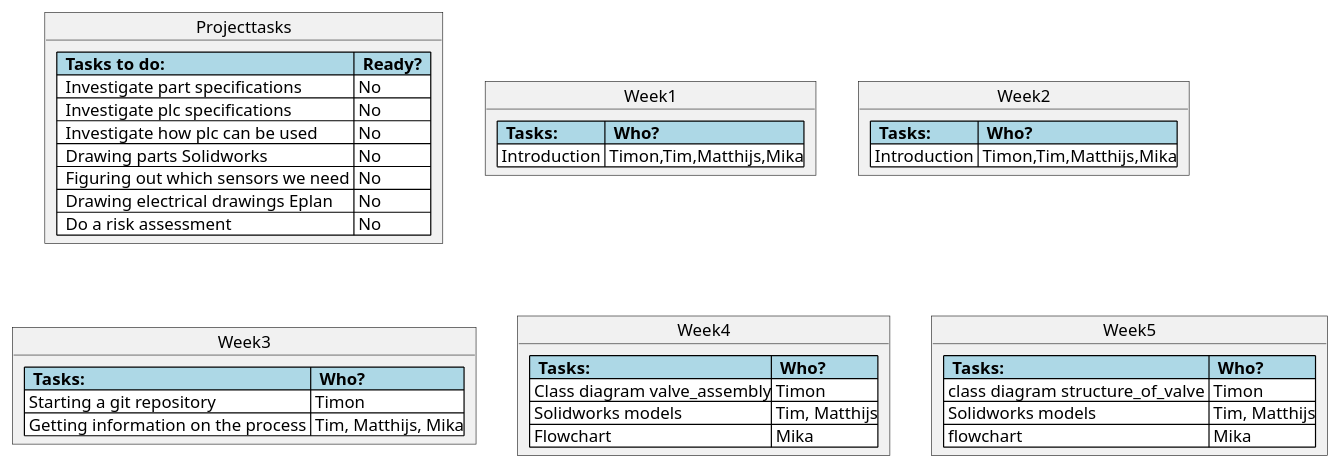
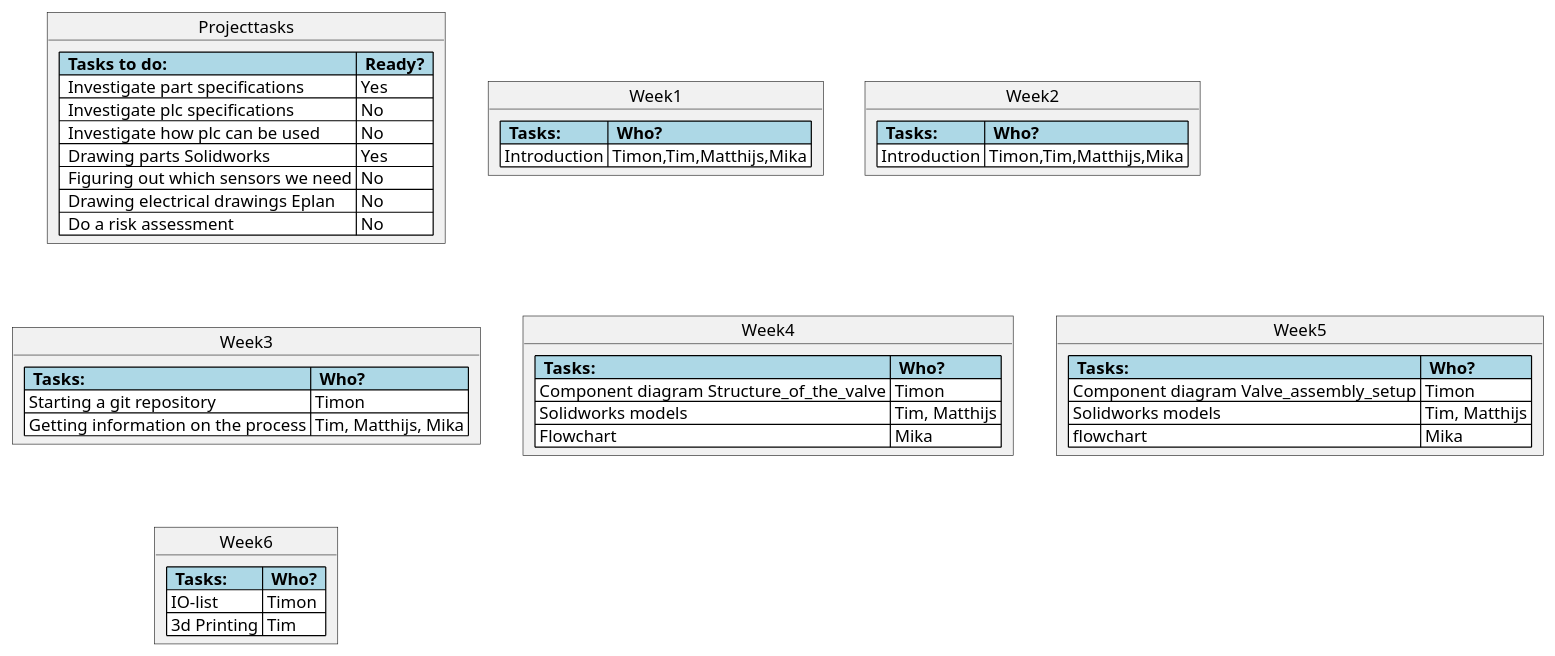
One commit to Timon14kraan/Project-Proces-and-Safety changed the diagram in src/Tasks.md. Above: the diagram before and after it, drawn with PlantUML. The commit also changed 3 other files, not shown here.

````diff
--- a/src/Tasks.md
+++ b/src/Tasks.md
@@ -5,46 +5,52 @@
 ```plantuml
 @startuml
 
 object Projecttasks {
   <#lightblue,#black>|=  Tasks to do:  |=  Ready?  |
-  <#white>|  Investigate part specifications | No |
+  <#white>|  Investigate part specifications | Yes | 
   <#white>|  Investigate plc specifications | No |
   <#white>|  Investigate how plc can be used  | No |
-  <#white>|  Drawing parts Solidworks | No |
+  <#white>|  Drawing parts Solidworks | Yes |
   <#white>|  Figuring out which sensors we need | No |
   <#white>|  Drawing electrical drawings Eplan | No |
   <#white>|  Do a risk assessment | No |
 }
 
 object Week1 {
   <#lightblue,#black>|=  Tasks:  |=  Who?  |
-  <#white>| Introduction | Timon,Tim,Matthijs,Mika|
+  <#white>| Introduction | Timon,Tim,Matthijs,Mika |
 }
 
 object Week2 {
   <#lightblue,#black>|=  Tasks:  |=  Who?  |
-  <#white>| Introduction | Timon,Tim,Matthijs,Mika|
+  <#white>| Introduction | Timon,Tim,Matthijs,Mika |
 }
 
 object Week3 {
   <#lightblue,#black>|=  Tasks:  |=  Who?  |
-  <#white>| Starting a git repository | Timon|
-  <#white>| Getting information on the process | Tim, Matthijs, Mika|
+  <#white>| Starting a git repository | Timon |
+  <#white>| Getting information on the process | Tim, Matthijs, Mika |
 }
 
 object Week4 {
   <#lightblue,#black>|=  Tasks:  |=  Who?  |
-  <#white>| Class diagram valve_assembly| Timon|
-  <#white>| Solidworks models| Tim, Matthijs|
-  <#white>| Flowchart| Mika|
+  <#white>| Component diagram Structure_of_the_valve | Timon |
+  <#white>| Solidworks models| Tim, Matthijs |
+  <#white>| Flowchart| Mika |
 }
 
 object Week5 {
   <#lightblue,#black>|=  Tasks:  |=  Who?  |
-  <#white>| class diagram structure_of_valve | Timon|
-  <#white>| Solidworks models| Tim, Matthijs|
-  <#white>| flowchart| Mika|
+  <#white>| Component diagram Valve_assembly_setup | Timon |
+  <#white>| Solidworks models| Tim, Matthijs |
+  <#white>| flowchart| Mika |
+}
+
+object Week6 {
+  <#lightblue,#black>|=  Tasks:  |=  Who?  |
+  <#white>| IO-list | Timon |
+  <#white>| 3d Printing | Tim |
 }
 
 @endulm
 ```
````
